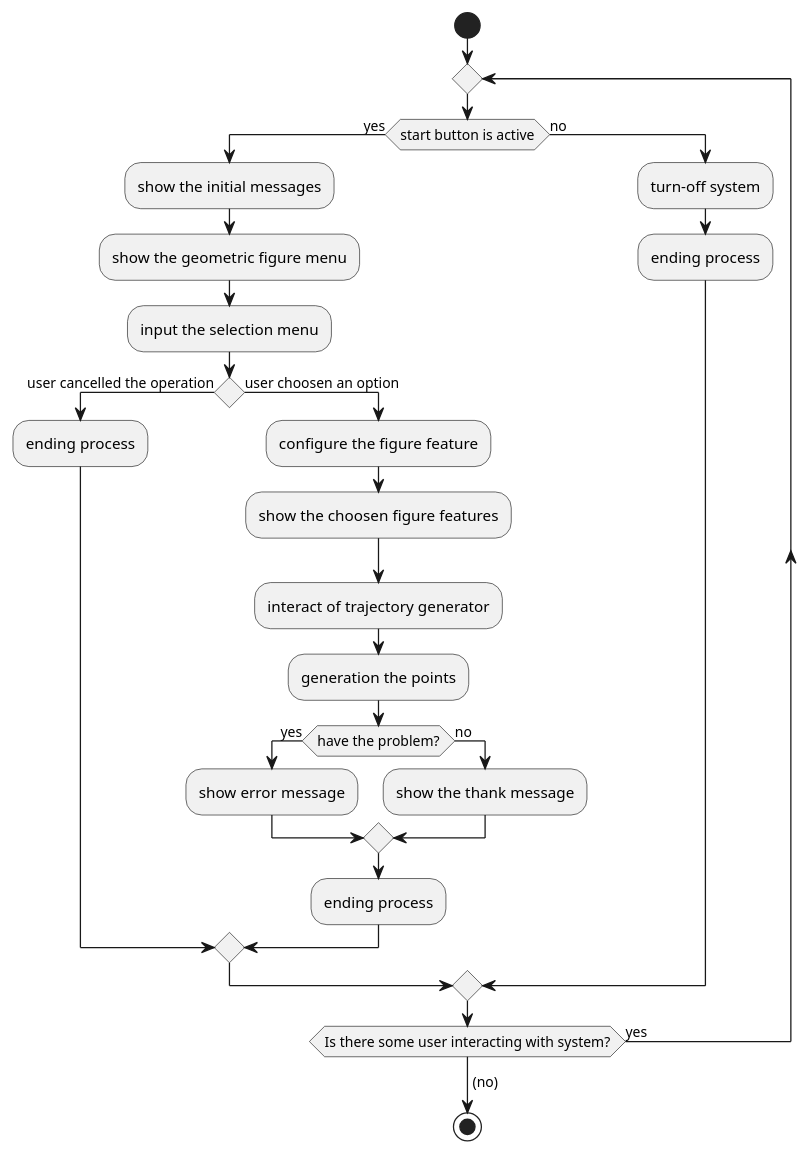
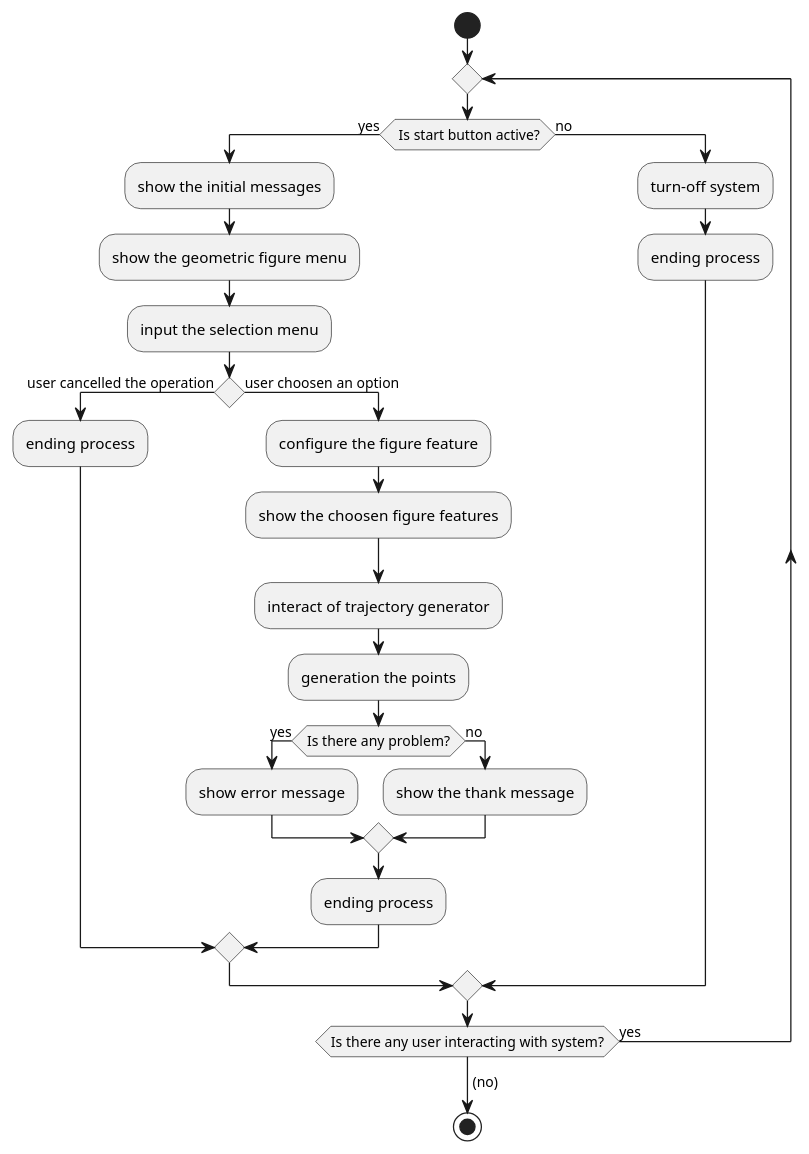
Before and after one commit to MarcioFreitasUFSC21/RTGS-Master-Course-System: the diagram in ActivityDiagramGeneral.plantuml, drawn with PlantUML. The commit also changed 4 other files, not shown here.

Commit message:
The Final Adjustements have made in all the Acitivity Diagrams of RTGS System

```diff
--- a/ActivityDiagramGeneral.plantuml
+++ b/ActivityDiagramGeneral.plantuml
@@ -1,29 +1,29 @@
 @startuml
 start
 repeat
-if (start button is active) then (yes)
+if ( Is start button active?) then (yes)
     :show the initial messages;
     :show the geometric figure menu;
     :input the selection menu;
     if () then (user cancelled the operation)
         :ending process;
     else (user choosen an option)
         :configure the figure feature;
         :show the choosen figure features;
         :interact of trajectory generator;
         :generation the points;
-        if (have the problem?) then (yes)
+        if (Is there any problem?) then (yes)
             :show error message;
         else (no)
             :show the thank message;
         endif
         :ending process;
     endif
 else (no)
     :turn-off system;
     :ending process;
 endif
-repeat while(Is there some user interacting with system?) is (yes)
+repeat while(Is there any user interacting with system?) is (yes)
 ->(no);
 stop
 @enduml
```
